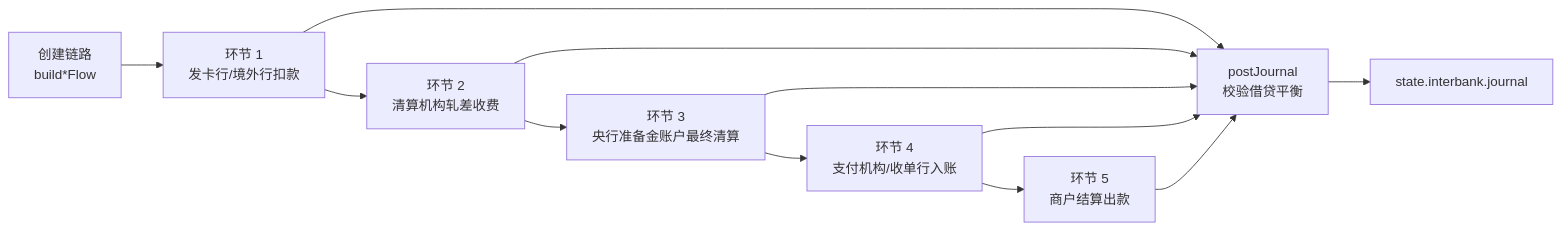
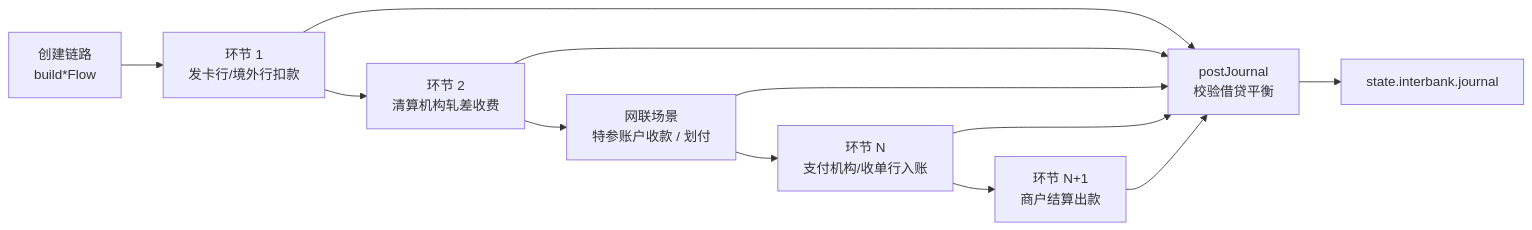
The first of 3 diagrams in wiki/05-clearing-banking.md (xiongyi92/payLab), drawn with Mermaid before and after one commit. The commit also changed other lines of this file and 4 other files, not shown here.

````diff
--- a/wiki/05-clearing-banking.md
+++ b/wiki/05-clearing-banking.md
@@ -41,10 +41,10 @@
 ```mermaid
 flowchart LR
     C["创建链路<br/>build*Flow"] --> L1["环节 1<br/>发卡行/境外行扣款"]
     L1 --> L2["环节 2<br/>清算机构轧差收费"]
-    L2 --> L3["环节 3<br/>央行准备金账户最终清算"]
-    L3 --> L4["环节 4<br/>支付机构/收单行入账"]
-    L4 --> L5["环节 5<br/>商户结算出款"]
+    L2 --> L3["网联场景<br/>特参账户收款 / 划付"]
+    L3 --> L4["环节 N<br/>支付机构/收单行入账"]
+    L4 --> L5["环节 N+1<br/>商户结算出款"]
     L1 & L2 & L3 & L4 & L5 --> J["postJournal<br/>校验借贷平衡"]
     J --> S["state.interbank.journal"]
 ```
````
